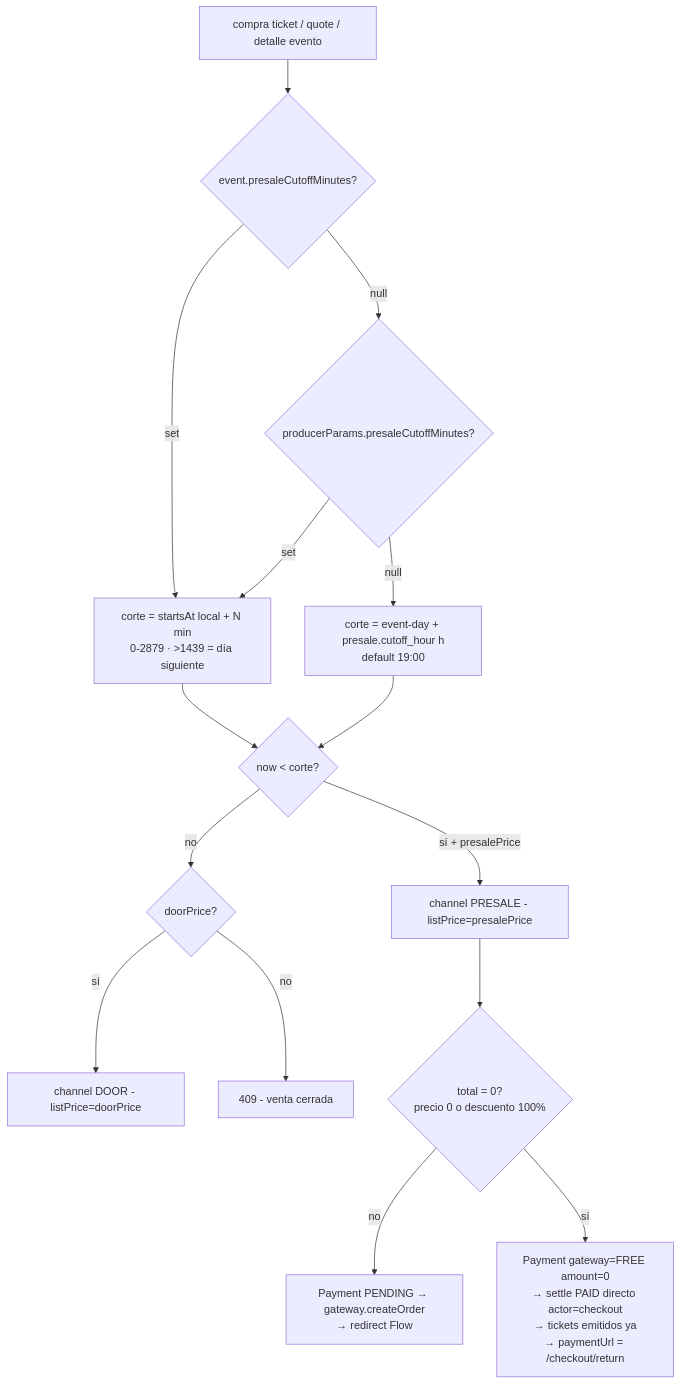
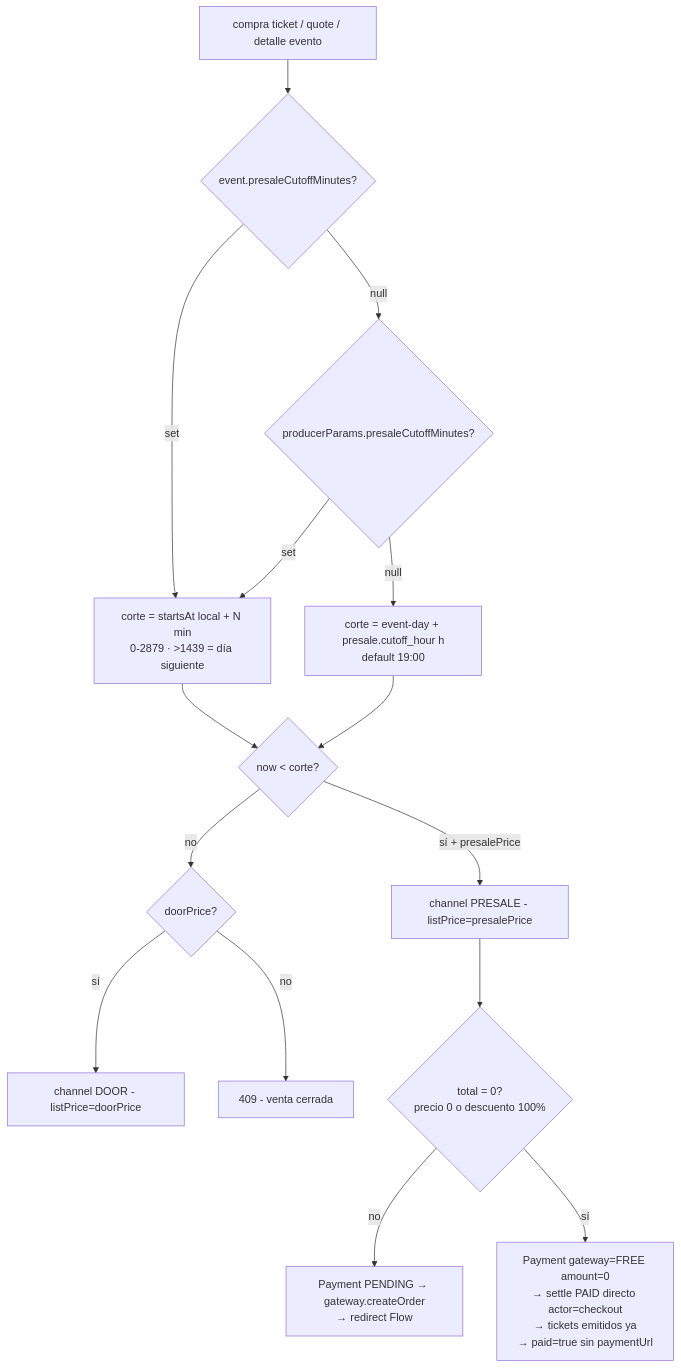
Before and after one commit to EduardoSalasG/omnidance: the fifth of 39 diagrams in docs/flows.md, drawn with Mermaid. The commit also changed other lines of this file and 3 other files, not shown here.

Commit message:
fix(checkout): orden $0 responde paid=true sin redirect de retorno

````diff
--- a/docs/flows.md
+++ b/docs/flows.md
@@ -109,17 +109,17 @@
 ```mermaid
 flowchart TD
     A[compra ticket / quote / detalle evento] --> B{event.presaleCutoffMinutes?}
     B -->|set| C[corte = startsAt local + N min<br/>0-2879 · >1439 = día siguiente]
     B -->|null| D{producerParams.presaleCutoffMinutes?}
     D -->|set| C
     D -->|null| E[corte = event-day + presale.cutoff_hour h<br/>default 19:00]
     C --> F{now < corte?}
     E --> F
     F -->|sí + presalePrice| G[channel PRESALE - listPrice=presalePrice]
     F -->|no| H{doorPrice?}
     H -->|sí| I[channel DOOR - listPrice=doorPrice]
     H -->|no| J[409 - venta cerrada]
     G --> K{total = 0?<br/>precio 0 o descuento 100%}
     K -->|no| L[Payment PENDING → gateway.createOrder<br/>→ redirect Flow]
-    K -->|sí| M[Payment gateway=FREE amount=0<br/>→ settle PAID directo actor=checkout<br/>→ tickets emitidos ya<br/>→ paymentUrl = /checkout/return]
+    K -->|sí| M[Payment gateway=FREE amount=0<br/>→ settle PAID directo actor=checkout<br/>→ tickets emitidos ya<br/>→ paid=true sin paymentUrl]
 ```
````
